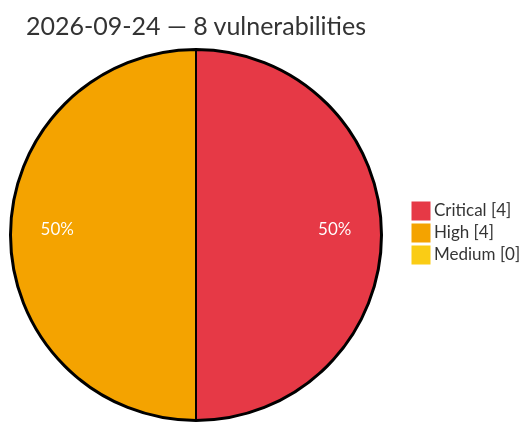
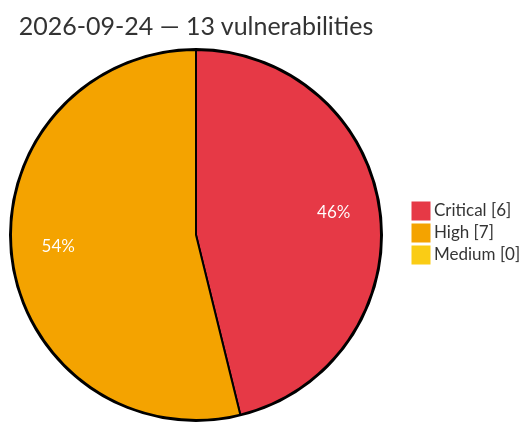
One commit to GhostX0X/vuln-tracker changed the diagram in vulnerabilities/2026/September/2026-09-24.md. Above: the diagram before and after it, drawn with Mermaid. The commit also changed other lines of this file and 5 other files, not shown here.

Commit message:
Auto update: critical/high vulns (2026-09-24 10:20 UTC)

````diff
--- a/vulnerabilities/2026/September/2026-09-24.md
+++ b/vulnerabilities/2026/September/2026-09-24.md
@@ -3,8 +3,8 @@
 ```mermaid
 %%{init: {'theme':'base', 'themeVariables': {'pie1':'#e63946', 'pie2':'#f4a300', 'pie3':'#facc15', 'pieOpacity':'1', 'pieOuterStrokeWidth':'2px', 'pieSectionTextColor':'#ffffff'}}}%%
 pie showData
-    title 2026-09-24 — 8 vulnerabilities
-    "Critical" : 4
-    "High" : 4
+    title 2026-09-24 — 13 vulnerabilities
+    "Critical" : 6
+    "High" : 7
     "Medium" : 0
 ```
````
